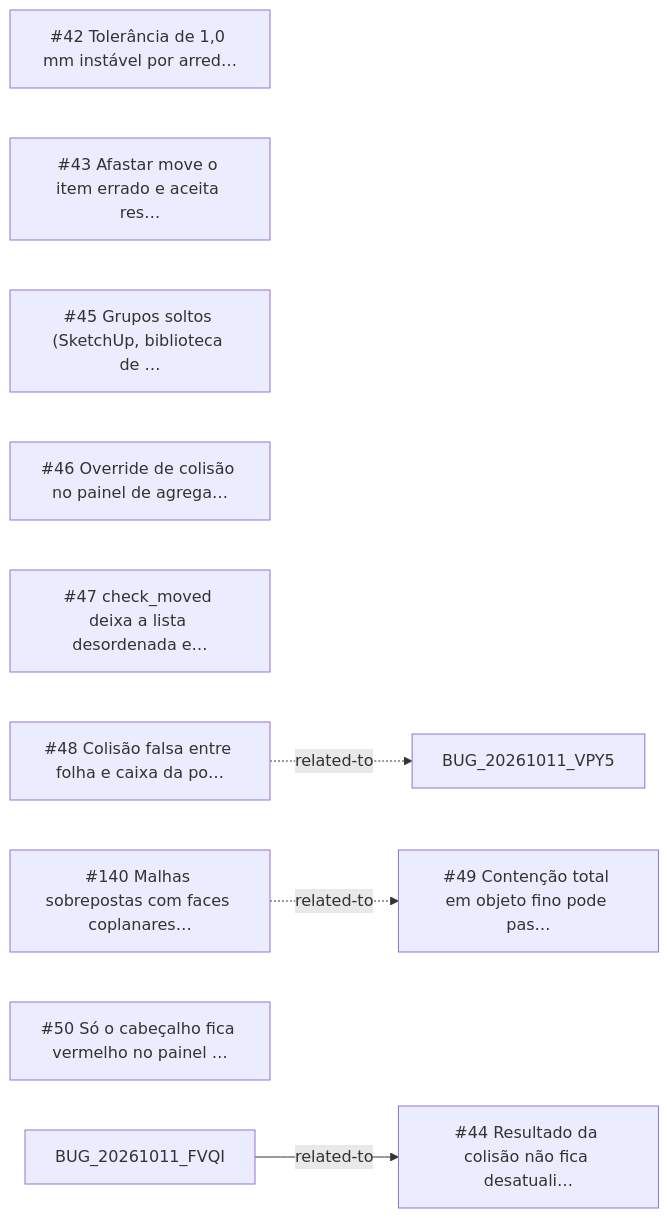
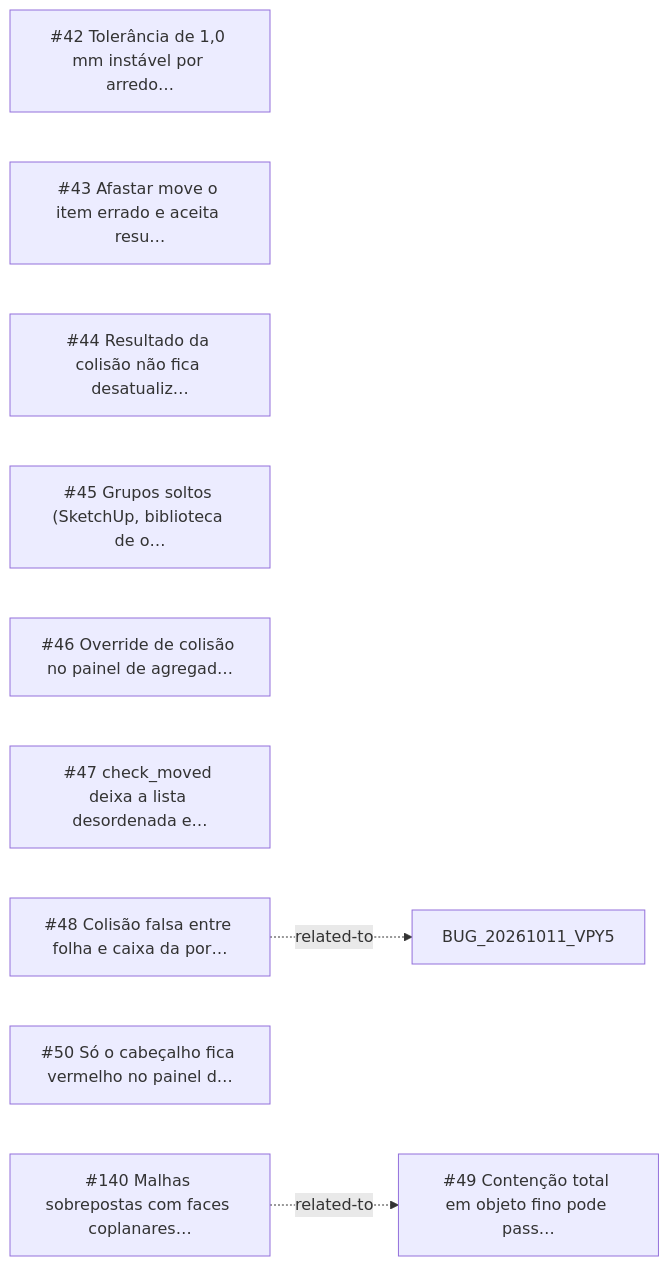
The diagram in _reversa_bugs/collision/generated/graph.md (CAFFDIGITALPLATFORM/caffmob_draw), drawn with Mermaid before and after one commit. The commit also changed other lines of this file and 220 other files, not shown here.

````diff
--- a/_reversa_bugs/collision/generated/graph.md
+++ b/_reversa_bugs/collision/generated/graph.md
@@ -5,16 +5,15 @@
 ```mermaid
 graph LR
-  BUG_20261011_SRPV["#42 Tolerância de 1,0 mm instável por arred…"]
-  BUG_20261011_KX3O["#43 Afastar move o item errado e aceita res…"]
-  BUG_20261011_TIPN["#44 Resultado da colisão não fica desatuali…"]
-  BUG_20261011_L5ML["#45 Grupos soltos (SketchUp, biblioteca de …"]
-  BUG_20261011_JUJZ["#46 Override de colisão no painel de agrega…"]
+  BUG_20261011_SRPV["#42 Tolerância de 1,0 mm instável por arredo…"]
+  BUG_20261011_KX3O["#43 Afastar move o item errado e aceita resu…"]
+  BUG_20261011_TIPN["#44 Resultado da colisão não fica desatualiz…"]
+  BUG_20261011_L5ML["#45 Grupos soltos (SketchUp, biblioteca de o…"]
+  BUG_20261011_JUJZ["#46 Override de colisão no painel de agregad…"]
   BUG_20261011_7GRY["#47 check_moved deixa a lista desordenada e…"]
-  BUG_20261011_53DV["#48 Colisão falsa entre folha e caixa da po…"]
-  BUG_20261011_EWKD["#49 Contenção total em objeto fino pode pas…"]
+  BUG_20261011_53DV["#48 Colisão falsa entre folha e caixa da por…"]
+  BUG_20261011_EWKD["#49 Contenção total em objeto fino pode pass…"]
+  BUG_20261011_ZEN6["#50 Só o cabeçalho fica vermelho no painel d…"]
   BUG_20261012_PFY2["#140 Malhas sobrepostas com faces coplanares…"]
-  BUG_20261011_ZEN6["#50 Só o cabeçalho fica vermelho no painel …"]
   BUG_20261011_53DV -.->|related-to| BUG_20261011_VPY5
   BUG_20261012_PFY2 -.->|related-to| BUG_20261011_EWKD
-  BUG_20261011_FVQI -->|related-to| BUG_20261011_TIPN
 ```
````
